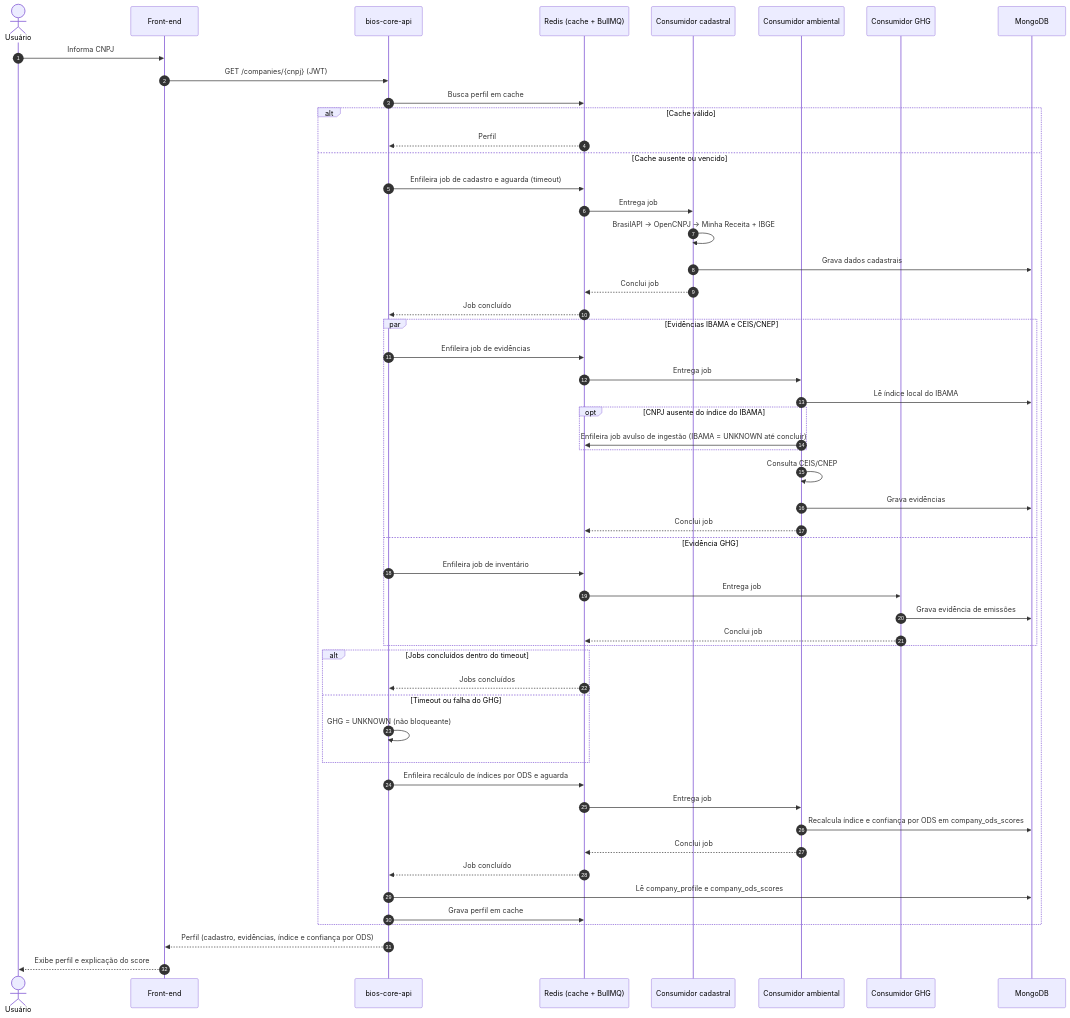
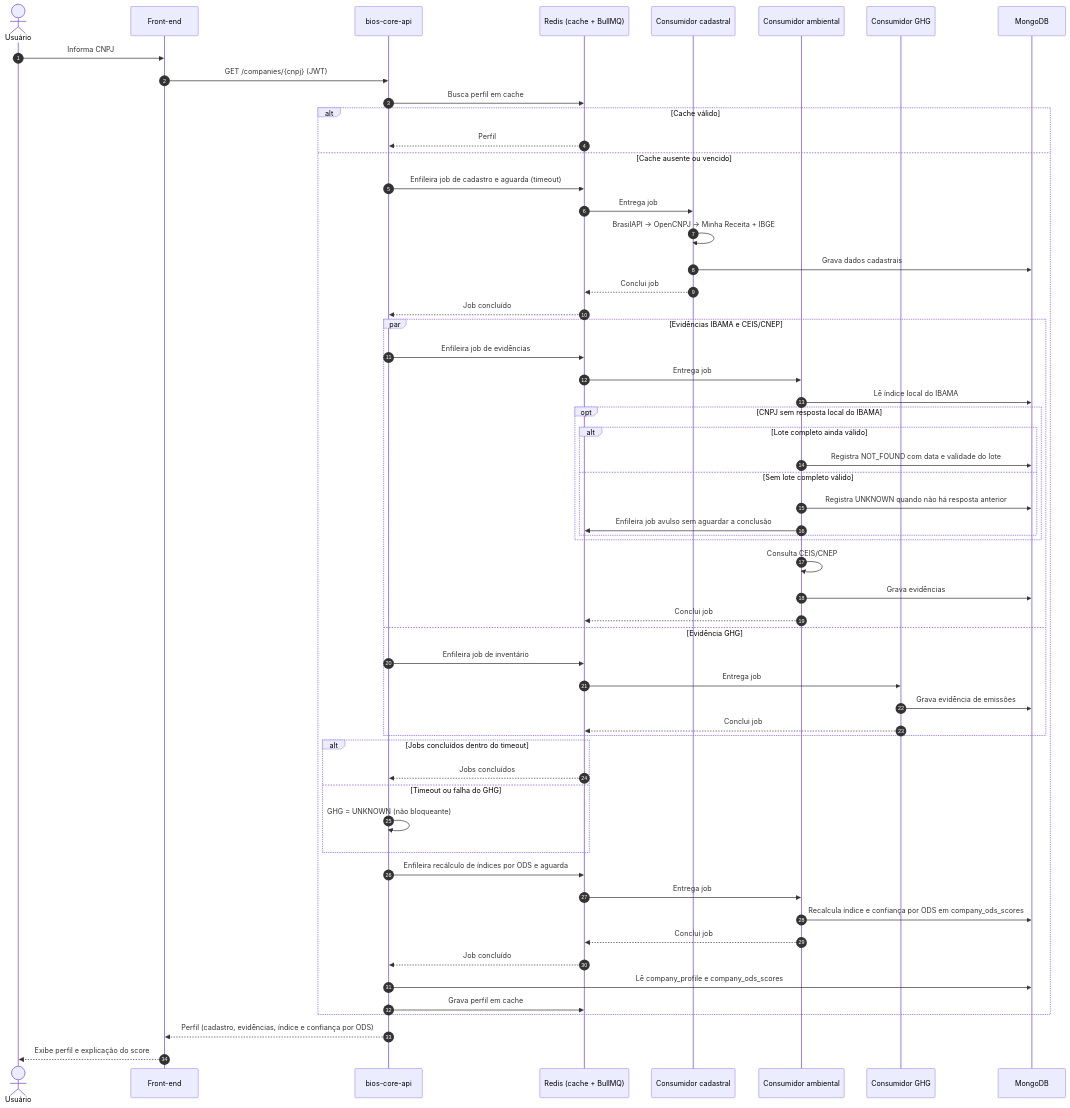
The third of 6 diagrams in 08-Artefatos-de-Análise.md (odavibatista/bios-docs), drawn with Mermaid before and after one commit. The commit also changed other lines of this file, not shown here.

First line of the commit message:
docs: detalha consulta local e coleta avulsa do IBAMA

````diff
--- a/08-Artefatos-de-Análise.md
+++ b/08-Artefatos-de-Análise.md
@@ -923,56 +924,61 @@
 ```mermaid
 sequenceDiagram
     autonumber
     actor U as Usuário
     participant FE as Front-end
     participant API as bios-core-api
     participant R as Redis (cache + BullMQ)
     participant CNPJ as Consumidor cadastral
     participant AMB as Consumidor ambiental
     participant GHG as Consumidor GHG
     participant DB as MongoDB
 
     U->>FE: Informa CNPJ
     FE->>API: GET /companies/{cnpj} (JWT)
     API->>R: Busca perfil em cache
     alt Cache válido
         R-->>API: Perfil
     else Cache ausente ou vencido
         API->>R: Enfileira job de cadastro e aguarda (timeout)
         R->>CNPJ: Entrega job
         CNPJ->>CNPJ: BrasilAPI → OpenCNPJ → Minha Receita + IBGE
         CNPJ->>DB: Grava dados cadastrais
         CNPJ-->>R: Conclui job
         R-->>API: Job concluído
         par Evidências IBAMA e CEIS/CNEP
             API->>R: Enfileira job de evidências
             R->>AMB: Entrega job
             AMB->>DB: Lê índice local do IBAMA
-            opt CNPJ ausente do índice do IBAMA
-                AMB->>R: Enfileira job avulso de ingestão (IBAMA = UNKNOWN até concluir)
+            opt CNPJ sem resposta local do IBAMA
+                alt Lote completo ainda válido
+                    AMB->>DB: Registra NOT_FOUND com data e validade do lote
+                else Sem lote completo válido
+                    AMB->>DB: Registra UNKNOWN quando não há resposta anterior
+                    AMB->>R: Enfileira job avulso sem aguardar a conclusão
+                end
             end
             AMB->>AMB: Consulta CEIS/CNEP
             AMB->>DB: Grava evidências
             AMB-->>R: Conclui job
         and Evidência GHG
             API->>R: Enfileira job de inventário
             R->>GHG: Entrega job
             GHG->>DB: Grava evidência de emissões
             GHG-->>R: Conclui job
         end
         alt Jobs concluídos dentro do timeout
             R-->>API: Jobs concluídos
         else Timeout ou falha do GHG
             API->>API: GHG = UNKNOWN (não bloqueante)
         end
         API->>R: Enfileira recálculo de índices por ODS e aguarda
         R->>AMB: Entrega job
         AMB->>DB: Recalcula índice e confiança por ODS em company_ods_scores
         AMB-->>R: Conclui job
         R-->>API: Job concluído
         API->>DB: Lê company_profile e company_ods_scores
         API->>R: Grava perfil em cache
     end
     API-->>FE: Perfil (cadastro, evidências, índice e confiança por ODS)
     FE-->>U: Exibe perfil e explicação do score
 ```
````
